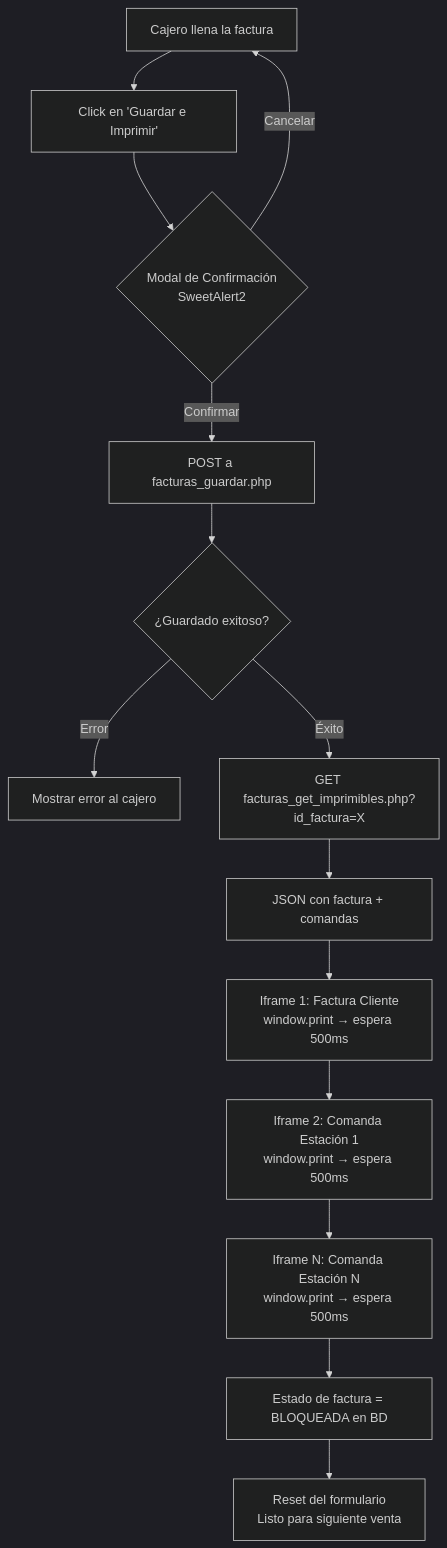
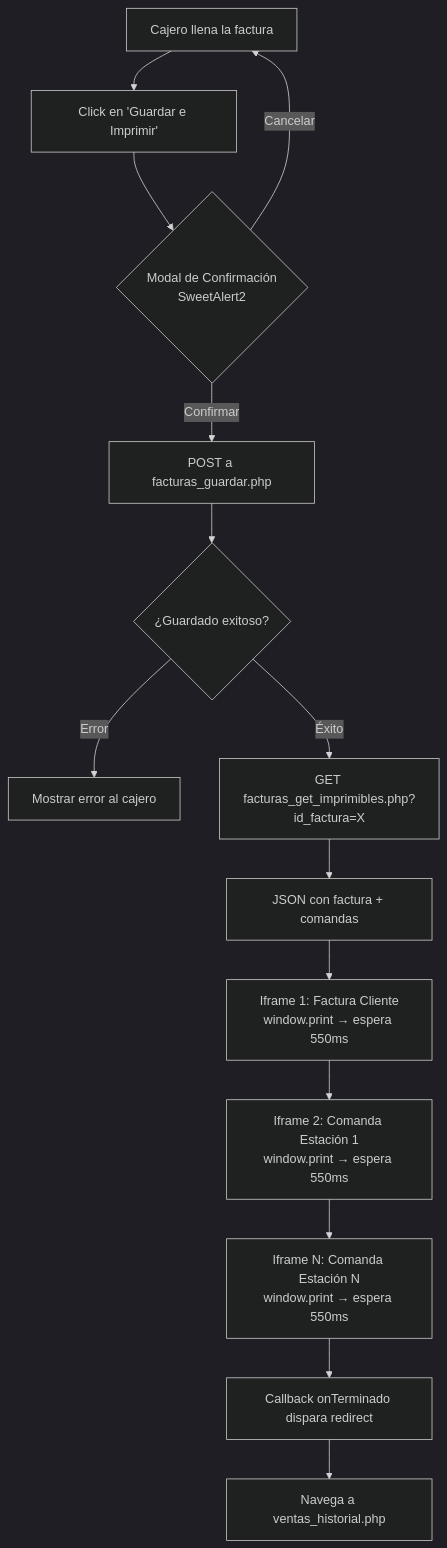
One commit to MiguelGotea/pos.batidospitaya changed the diagram in modulos/pos/IMPRIMIBLES_LOGICA_Y_CONFIGURACION.md. Above: the diagram before and after it, drawn with Mermaid (dark theme). The commit also changed other lines of this file and 2 other files, not shown here.

````diff
--- a/modulos/pos/IMPRIMIBLES_LOGICA_Y_CONFIGURACION.md
+++ b/modulos/pos/IMPRIMIBLES_LOGICA_Y_CONFIGURACION.md
@@ -346,16 +348,16 @@
 ```mermaid
 flowchart TD
     A[Cajero llena la factura] --> B[Click en 'Guardar e Imprimir']
     B --> C{Modal de Confirmación\nSweetAlert2}
     C -- Cancelar --> A
     C -- Confirmar --> D[POST a facturas_guardar.php]
     D --> E{¿Guardado exitoso?}
     E -- Error --> F[Mostrar error al cajero]
     E -- Éxito --> G[GET facturas_get_imprimibles.php?id_factura=X]
     G --> H[JSON con factura + comandas]
-    H --> I[Iframe 1: Factura Cliente\nwindow.print → espera 500ms]
-    I --> J[Iframe 2: Comanda Estación 1\nwindow.print → espera 500ms]
-    J --> K[Iframe N: Comanda Estación N\nwindow.print → espera 500ms]
-    K --> L[Estado de factura = BLOQUEADA en BD]
-    L --> M[Reset del formulario\nListo para siguiente venta]
+    H --> I[Iframe 1: Factura Cliente\nwindow.print → espera 550ms]
+    I --> J[Iframe 2: Comanda Estación 1\nwindow.print → espera 550ms]
+    J --> K[Iframe N: Comanda Estación N\nwindow.print → espera 550ms]
+    K --> L[Callback onTerminado dispara redirect]
+    L --> M[Navega a ventas_historial.php]
 ```
````
